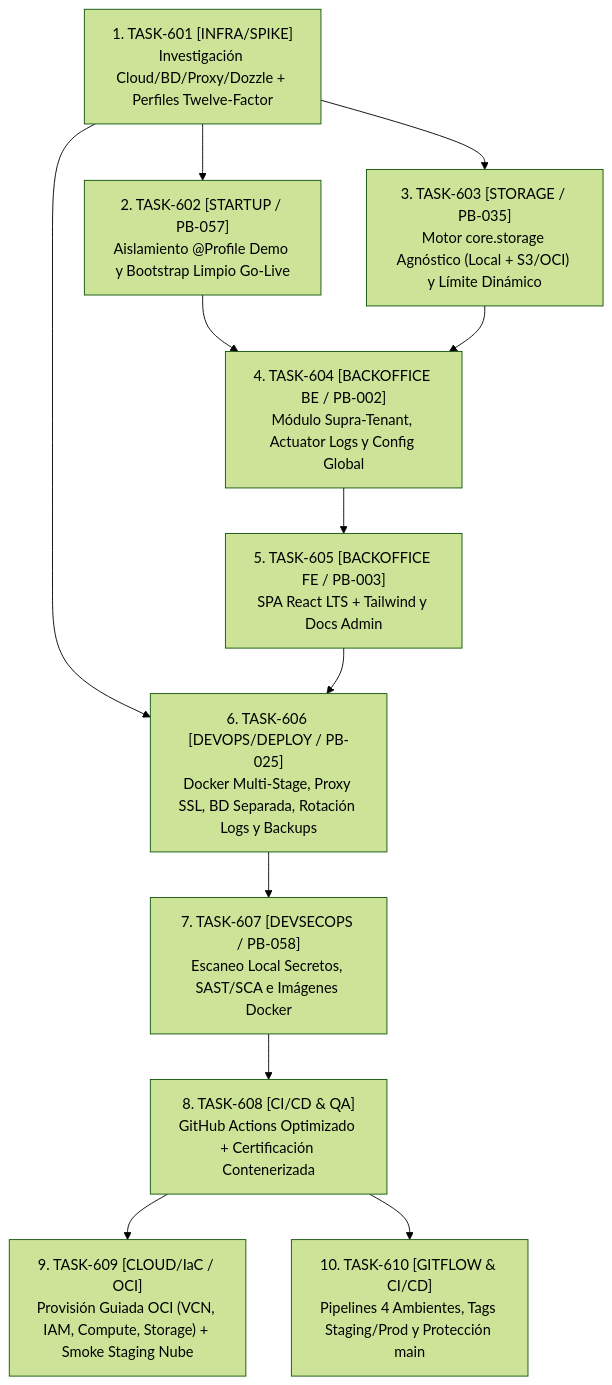
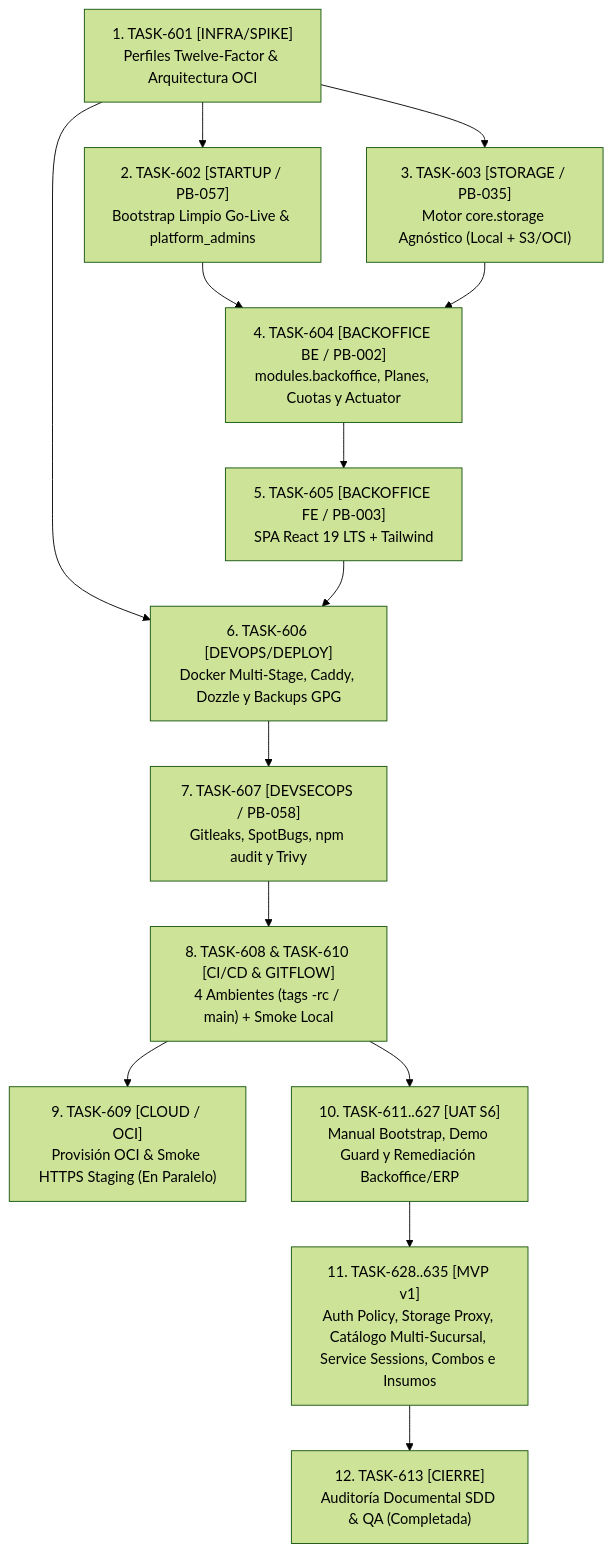
One commit to vakajose/gestion-restaurante changed the diagram in docs/project/sprints/sprint_06_planning.md. Above: the diagram before and after it, drawn with Mermaid (forest theme). The commit also changed other lines of this file and 156 other files, not shown here.

First line of the commit message:
docs(sdd,obsidian,manuals,qa): complete TASK-613 documentation audit, client guides, ADR-0030..0033 and backlog sync

````diff
--- a/docs/project/sprints/sprint_06_planning.md
+++ b/docs/project/sprints/sprint_06_planning.md
@@ -31,14 +51,16 @@
 ```mermaid
 flowchart TD
-    T601["1. TASK-601 [INFRA/SPIKE]\nInvestigación Cloud/BD/Proxy/Dozzle + Perfiles Twelve-Factor"] --> T602["2. TASK-602 [STARTUP / PB-057]\nAislamiento @Profile Demo y Bootstrap Limpio Go-Live"]
-    T601 --> T603["3. TASK-603 [STORAGE / PB-035]\nMotor core.storage Agnóstico (Local + S3/OCI) y Límite Dinámico"]
-    T602 --> T604["4. TASK-604 [BACKOFFICE BE / PB-002]\nMódulo Supra-Tenant, Actuator Logs y Config Global"]
+    T601["1. TASK-601 [INFRA/SPIKE]\nPerfiles Twelve-Factor & Arquitectura OCI"] --> T602["2. TASK-602 [STARTUP / PB-057]\nBootstrap Limpio Go-Live & platform_admins"]
+    T601 --> T603["3. TASK-603 [STORAGE / PB-035]\nMotor core.storage Agnóstico (Local + S3/OCI)"]
+    T602 --> T604["4. TASK-604 [BACKOFFICE BE / PB-002]\nmodules.backoffice, Planes, Cuotas y Actuator"]
     T603 --> T604
-    T604 --> T605["5. TASK-605 [BACKOFFICE FE / PB-003]\nSPA React LTS + Tailwind y Docs Admin"]
-    T601 --> T606["6. TASK-606 [DEVOPS/DEPLOY / PB-025]\nDocker Multi-Stage, Proxy SSL, BD Separada, Rotación Logs y Backups"]
+    T604 --> T605["5. TASK-605 [BACKOFFICE FE / PB-003]\nSPA React 19 LTS + Tailwind"]
+    T601 --> T606["6. TASK-606 [DEVOPS/DEPLOY]\nDocker Multi-Stage, Caddy, Dozzle y Backups GPG"]
     T605 --> T606
-    T606 --> T607["7. TASK-607 [DEVSECOPS / PB-058]\nEscaneo Local Secretos, SAST/SCA e Imágenes Docker"]
-    T607 --> T608["8. TASK-608 [CI/CD & QA]\nGitHub Actions Optimizado + Certificación Contenerizada"]
-    T608 --> T609["9. TASK-609 [CLOUD/IaC / OCI]\nProvisión Guiada OCI (VCN, IAM, Compute, Storage) + Smoke Staging Nube"]
-    T608 --> T610["10. TASK-610 [GITFLOW & CI/CD]\nPipelines 4 Ambientes, Tags Staging/Prod y Protección main"]
+    T606 --> T607["7. TASK-607 [DEVSECOPS / PB-058]\nGitleaks, SpotBugs, npm audit y Trivy"]
+    T607 --> T608["8. TASK-608 & TASK-610 [CI/CD & GITFLOW]\n4 Ambientes (tags -rc / main) + Smoke Local"]
+    T608 --> T609["9. TASK-609 [CLOUD / OCI]\nProvisión OCI & Smoke HTTPS Staging (En Paralelo)"]
+    T608 --> T611["10. TASK-611..627 [UAT S6]\nManual Bootstrap, Demo Guard y Remediación Backoffice/ERP"]
+    T611 --> T628["11. TASK-628..635 [MVP v1]\nAuth Policy, Storage Proxy, Catálogo Multi-Sucursal, Service Sessions, Combos e Insumos"]
+    T628 --> T613["12. TASK-613 [CIERRE]\nAuditoría Documental SDD & QA (Completada)"]
 ```
````
